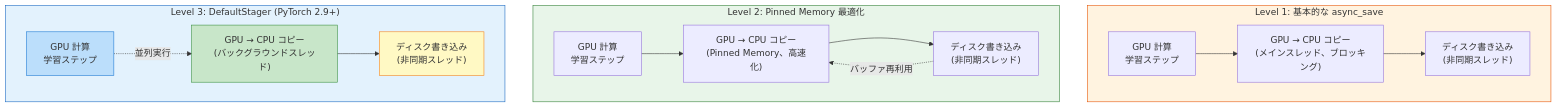
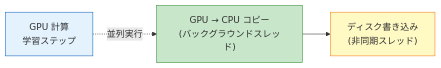
The sixth of 7 diagrams in articles/98e6a7acbac32e.md (littlemex/zenn), drawn with Mermaid before and after one commit. The commit also changed other lines of this file, not shown here.

````diff
--- a/articles/98e6a7acbac32e.md
+++ b/articles/98e6a7acbac32e.md
@@ -314,29 +342,13 @@
 ```mermaid
-graph TB
-    subgraph Level1["Level 1: 基本的な async_save"]
-        L1A["GPU 計算<br/>学習ステップ"] --> L1B["GPU → CPU コピー<br/>(メインスレッド、ブロッキング)"]
-        L1B --> L1C["ディスク書き込み<br/>(非同期スレッド)"]
-    end
+graph LR
+    L3A["GPU 計算<br/>学習ステップ"]
+    L3B["GPU → CPU コピー<br/>(バックグラウンドスレッド)"]
+    L3C["ディスク書き込み<br/>(非同期スレッド)"]
 
-    subgraph Level2["Level 2: Pinned Memory 最適化"]
-        L2A["GPU 計算<br/>学習ステップ"] --> L2B["GPU → CPU コピー<br/>(Pinned Memory、高速化)"]
-        L2B --> L2C["ディスク書き込み<br/>(非同期スレッド)"]
-        L2C -.->|"バッファ再利用"| L2B
-    end
+    L3A -.->|"並列実行"| L3B
+    L3B --> L3C
 
-    subgraph Level3["Level 3: DefaultStager (PyTorch 2.9+)"]
-        L3A["GPU 計算<br/>学習ステップ"]
-        L3B["GPU → CPU コピー<br/>(バックグラウンドスレッド)"]
-        L3C["ディスク書き込み<br/>(非同期スレッド)"]
-
-        L3A -.->|"並列実行"| L3B
-        L3B --> L3C
-    end
-
-    style Level1 fill: #fff3e0,stroke: #e65100
-    style Level2 fill: #e8f5e9,stroke: #2e7d32
-    style Level3 fill: #e3f2fd,stroke: #1565c0
-    style L3A fill: #bbdefb,stroke: #1976d2
+    style L3A fill: #e3f2fd,stroke: #1565c0
     style L3B fill: #c8e6c9,stroke: #388e3c
     style L3C fill: #fff9c4,stroke: #f57f17
 ```
````
